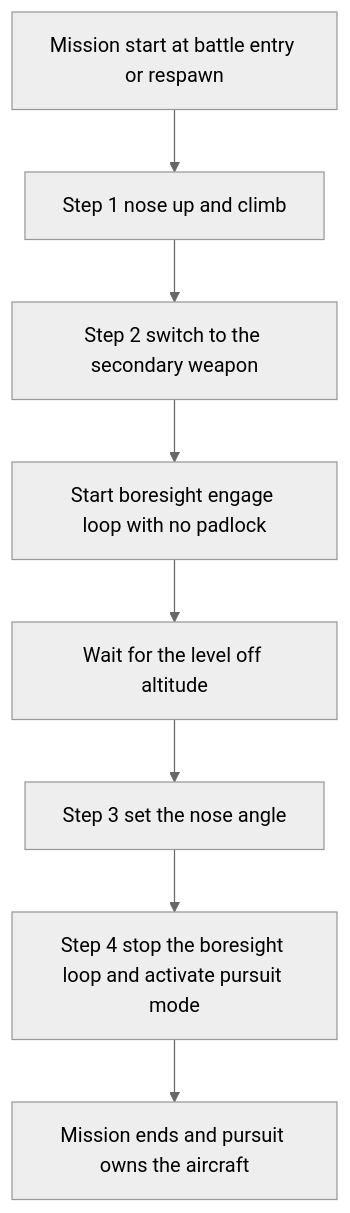
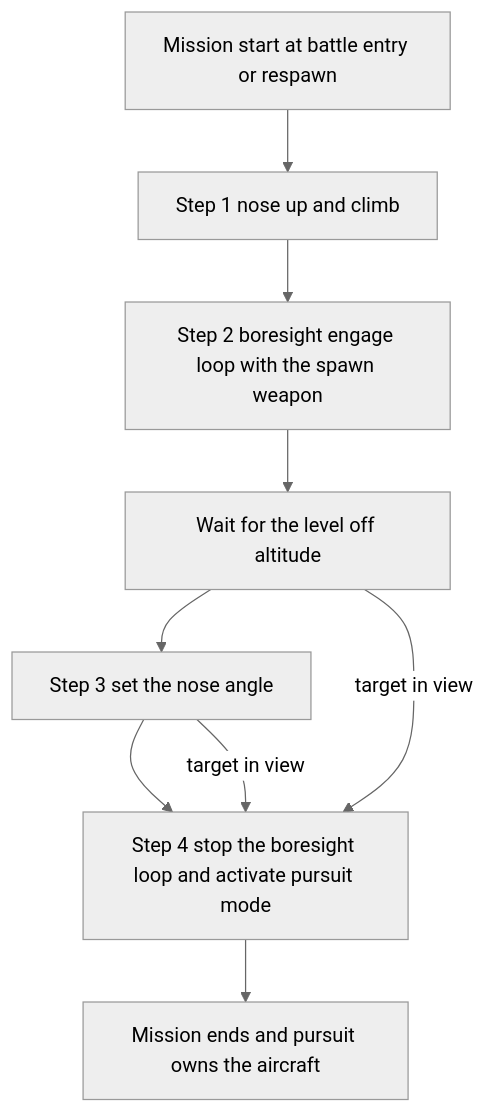
One commit to mhouse1/wingman changed the third of 8 diagrams in docs/architecture.md. Above: the diagram before and after it, drawn with Mermaid (neutral theme). The commit also changed other lines of this file and 4 other files, not shown here.

````diff
--- a/docs/architecture.md
+++ b/docs/architecture.md
@@ -183,10 +213,11 @@
 ```mermaid
 flowchart TD
     START[Mission start at battle entry or respawn] --> CLIMB[Step 1 nose up and climb]
-    CLIMB --> SWITCH[Step 2 switch to the secondary weapon]
-    SWITCH --> BORE[Start boresight engage loop with no padlock]
+    CLIMB --> BORE[Step 2 boresight engage loop with the spawn weapon]
     BORE --> WAIT[Wait for the level off altitude]
     WAIT --> ANGLE[Step 3 set the nose angle]
     ANGLE --> PURSUE[Step 4 stop the boresight loop and activate pursuit mode]
+    WAIT -->|target in view| PURSUE
+    ANGLE -->|target in view| PURSUE
     PURSUE --> DONE[Mission ends and pursuit owns the aircraft]
 ```
````
